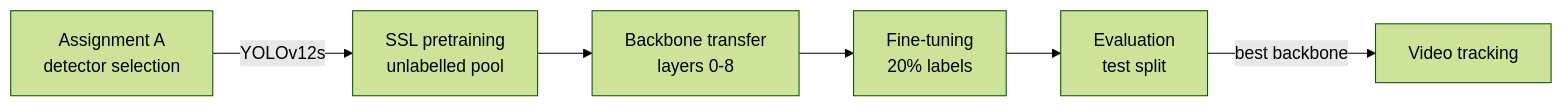
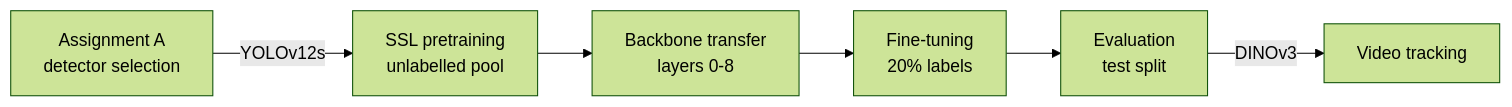
One commit to mrpaul-10/Object_detection_IoTKITs_ changed the first of 3 diagrams in README.md. Above: the diagram before and after it, drawn with Mermaid (forest theme). The commit also changed other lines of this file, not shown here.

````diff
--- a/README.md
+++ b/README.md
@@ -49,8 +49,8 @@
 ```mermaid
 flowchart LR
     A[Assignment A<br/>detector selection] -->|YOLOv12s| B[SSL pretraining<br/>unlabelled pool]
     B --> C[Backbone transfer<br/>layers 0-8]
     C --> D[Fine-tuning<br/>20% labels]
     D --> E[Evaluation<br/>test split]
-    E -->|best backbone| F[Video tracking]
+    E -->|DINOv3| F[Video tracking]
 ```
````
